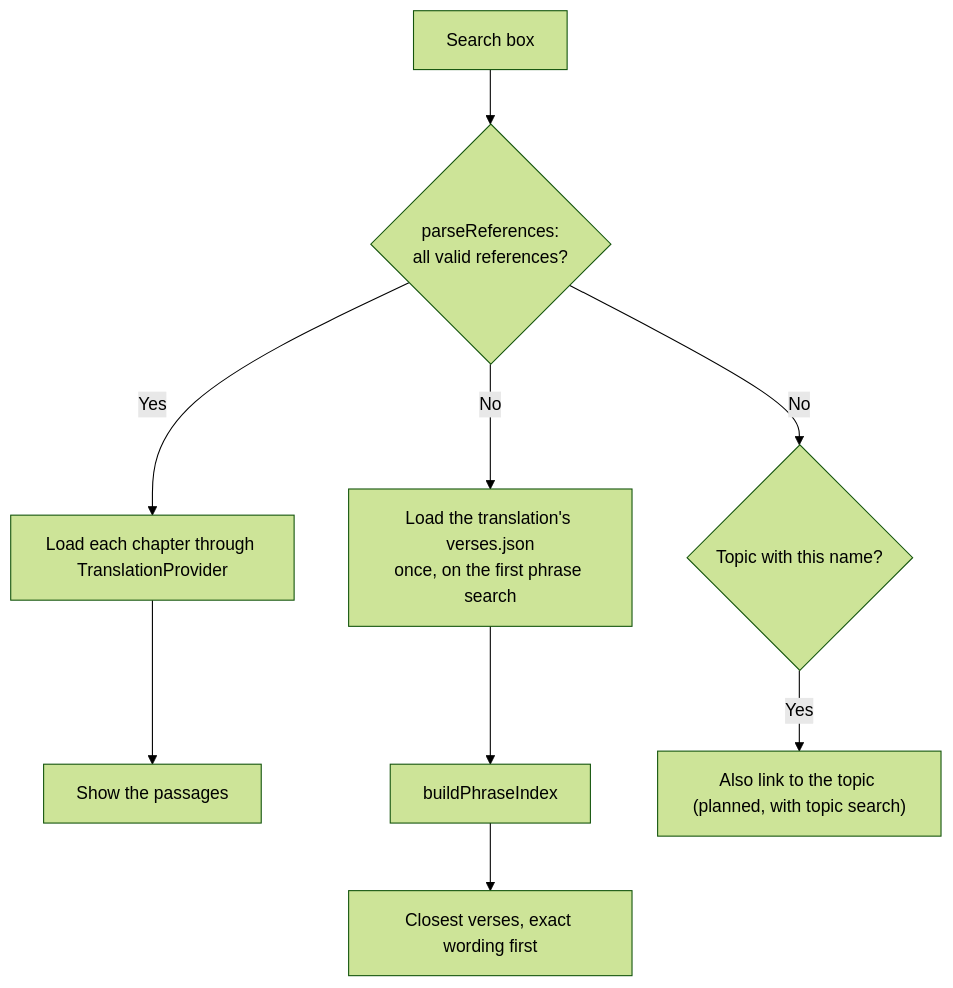
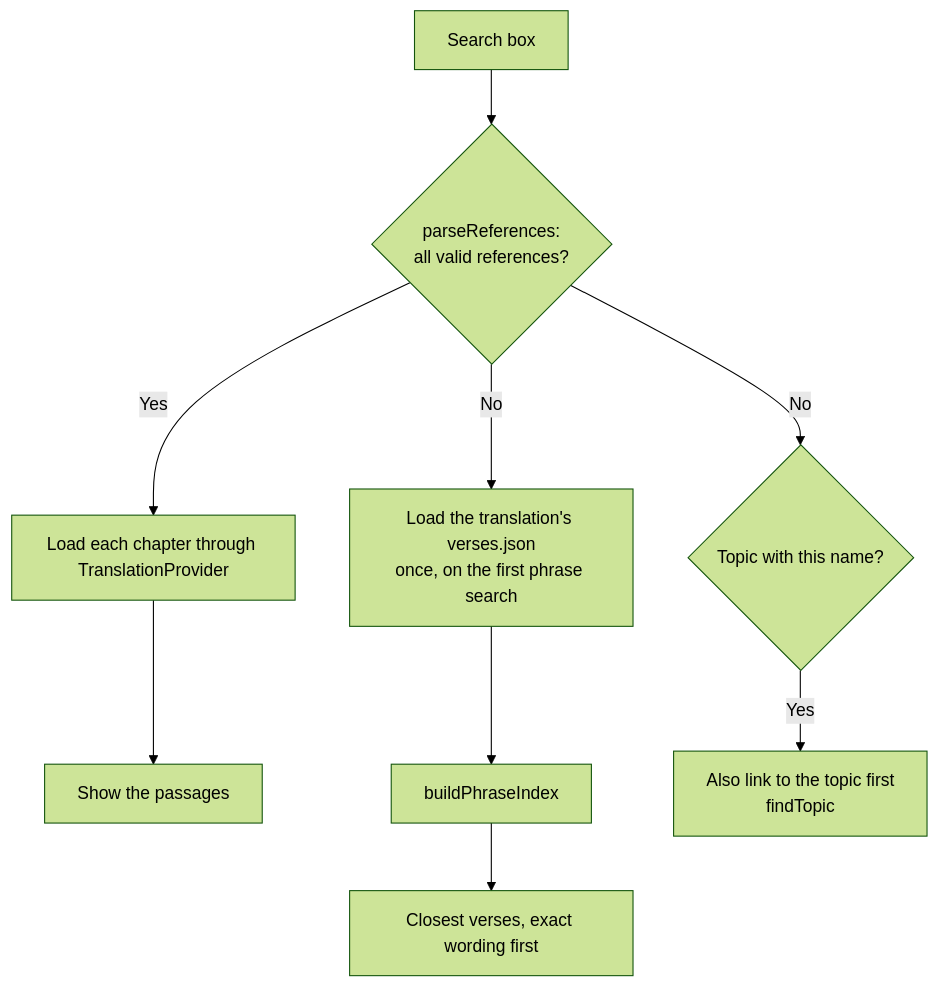
One commit to Valiance-Studios/bible-center changed the third of 21 diagrams in ARCHITECTURE.md. Above: the diagram before and after it, drawn with Mermaid (forest theme). The commit also changed other lines of this file and 10 other files, not shown here.

````diff
--- a/ARCHITECTURE.md
+++ b/ARCHITECTURE.md
@@ -258,11 +257,11 @@
 ```mermaid
 flowchart TD
   query["Search box"] --> parse{"parseReferences:<br/>all valid references?"}
   parse -- "Yes" --> chapters["Load each chapter through TranslationProvider"]
   chapters --> passages["Show the passages"]
   parse -- "No" --> load["Load the translation's verses.json<br/>once, on the first phrase search"]
   load --> index["buildPhraseIndex"]
   index --> matches["Closest verses, exact wording first"]
   parse -- "No" --> topic{"Topic with this name?"}
-  topic -- "Yes" --> link["Also link to the topic (planned, with topic search)"]
+  topic -- "Yes" --> link["Also link to the topic first<br/>findTopic"]
 ```
````
